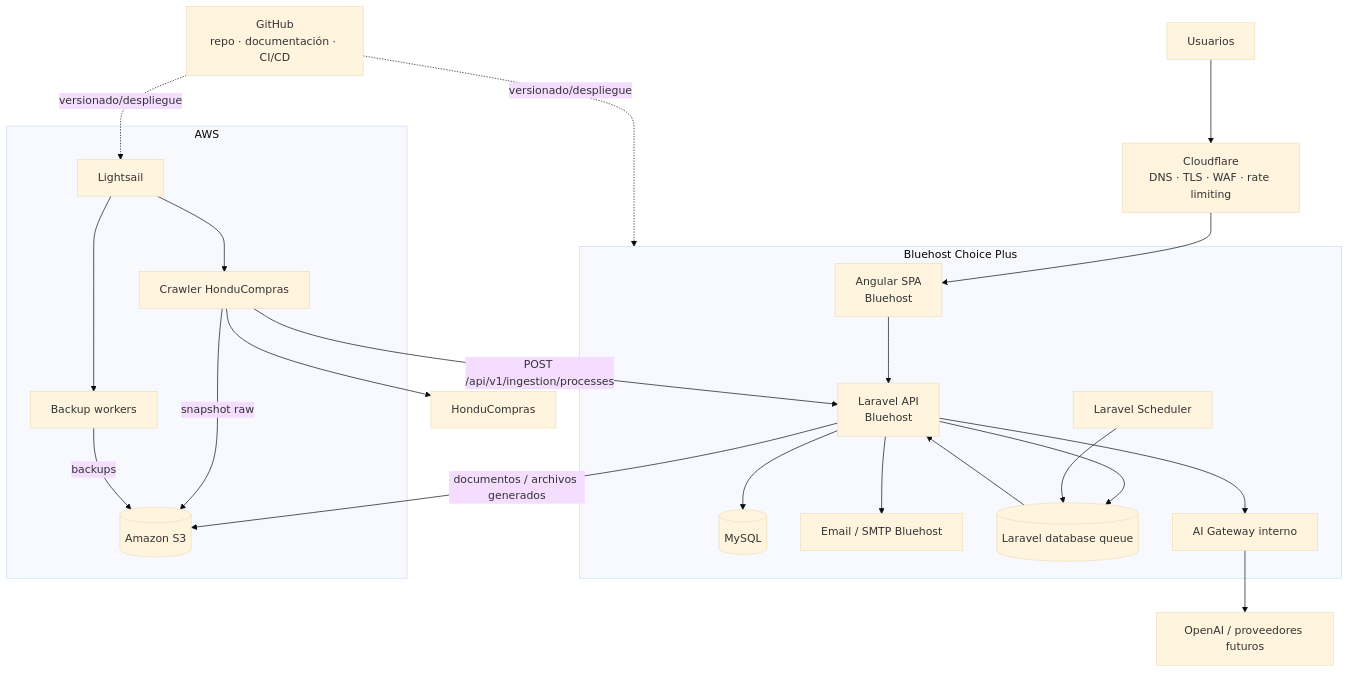
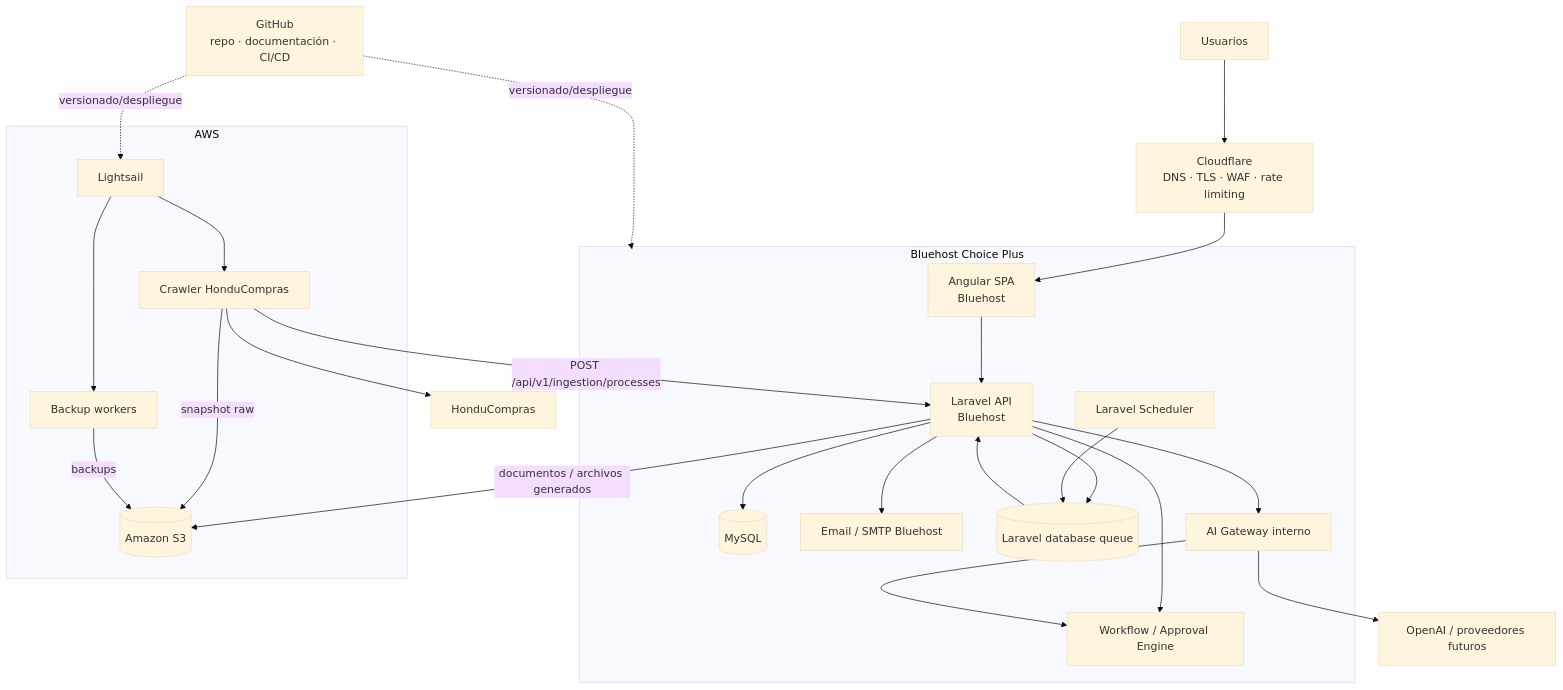
One commit to Ahcast/Bastion changed the first of 4 diagrams in docs/architecture/oficina-ai-v2.md. Above: the diagram before and after it, drawn with Mermaid (base theme). The commit also changed other lines of this file, not shown here.

````diff
--- a/docs/architecture/oficina-ai-v2.md
+++ b/docs/architecture/oficina-ai-v2.md
@@ -47,44 +47,47 @@
 ```mermaid
 flowchart TB
 
     U["Usuarios"] --> CF["Cloudflare<br/>DNS · TLS · WAF · rate limiting"]
     CF --> FE["Angular SPA<br/>Bluehost"]
     FE --> API["Laravel API<br/>Bluehost"]
 
     subgraph BH["Bluehost Choice Plus"]
         FE
         API
         DB[("MySQL")]
         MAIL["Email / SMTP Bluehost"]
         SCH["Laravel Scheduler"]
         Q[("Laravel database queue")]
         AIGW["AI Gateway interno"]
+        WF["Workflow / Approval Engine"]
     end
 
     API --> DB
     API --> MAIL
     API --> Q
     SCH --> Q
     Q --> API
     API --> AIGW
+    API --> WF
+    AIGW --> WF
 
     subgraph AWS["AWS"]
         LS["Lightsail"]
         CR["Crawler HonduCompras"]
         BW["Backup workers"]
         S3[("Amazon S3")]
     end
 
     LS --> CR
     LS --> BW
     CR --> HC["HonduCompras"]
     CR -->|"snapshot raw"| S3
     CR -->|"POST /api/v1/ingestion/processes"| API
     BW -->|"backups"| S3
     API -->|"documentos / archivos generados"| S3
 
     AIGW --> AI["OpenAI / proveedores futuros"]
 
     GH["GitHub<br/>repo · documentación · CI/CD"] -. versionado/despliegue .-> BH
     GH -. versionado/despliegue .-> LS
 ```
````
